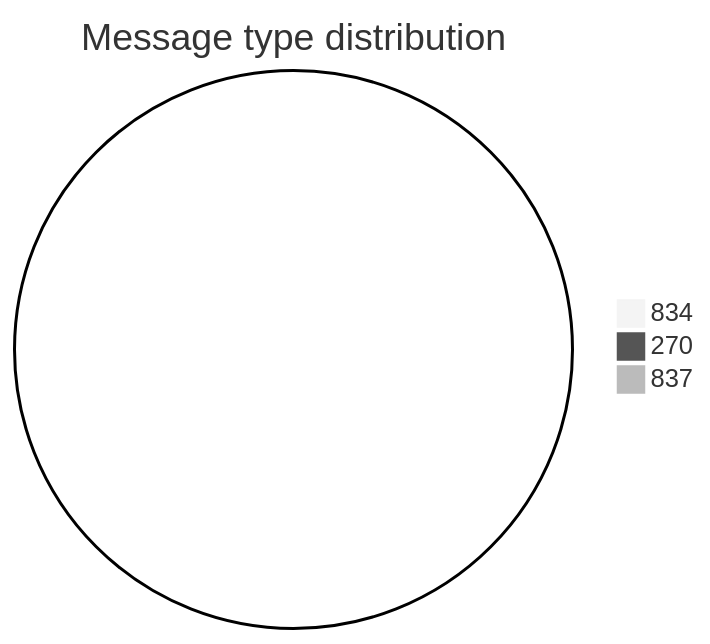
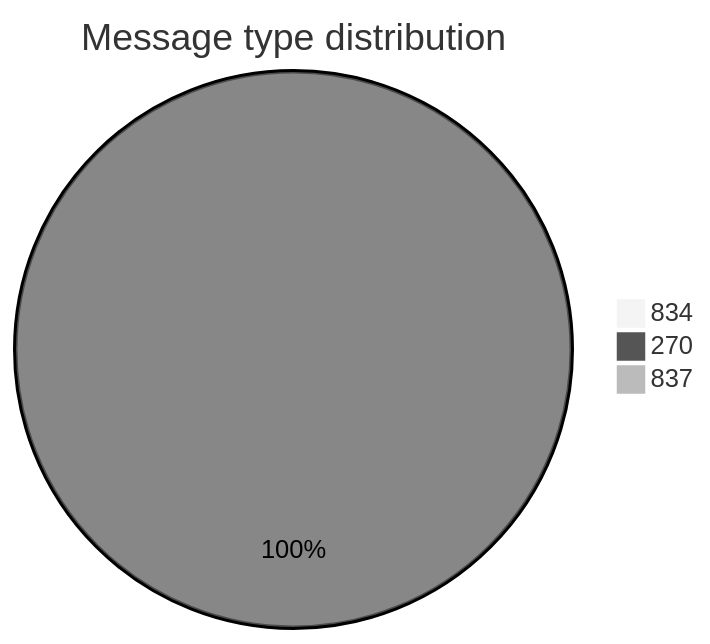
Before and after one commit to dhagan-va/intern-2025: the first of 10 diagrams in test-tools/DataGen/src/Statistics_Visualizer.md, drawn with Mermaid (neutral theme). The commit also changed other lines of this file and 5 other files, not shown here.

````diff
--- a/test-tools/DataGen/src/Statistics_Visualizer.md
+++ b/test-tools/DataGen/src/Statistics_Visualizer.md
@@ -18,6 +18,6 @@
 ```mermaid
 pie title Message type distribution
     "834" : 0
-    "270" : 0
+    "270" : 5
     "837" : 0
 ```
````
